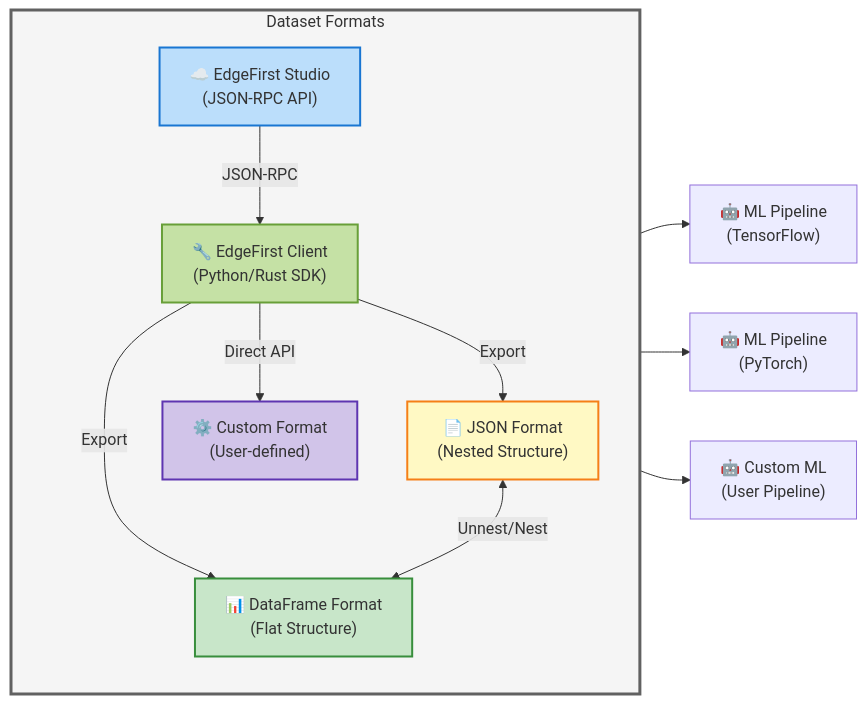
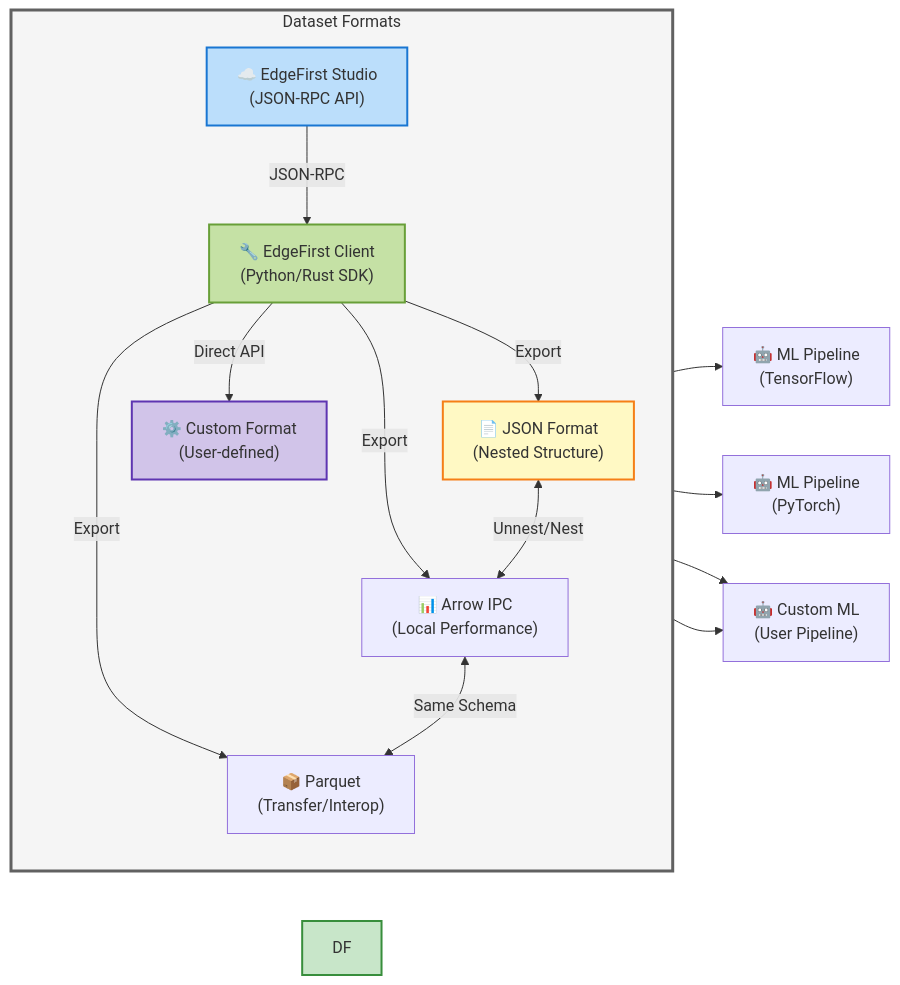
Before and after one commit to EdgeFirstAI/client: the second of 5 diagrams in DATASET_FORMAT.md, drawn with Mermaid. The commit also changed other lines of this file, not shown here.

First line of the commit message:
EDGEAI-2492: Update DATASET_FORMAT.md for 2026.04 schema

````diff
--- a/DATASET_FORMAT.md
+++ b/DATASET_FORMAT.md
@@ -81,29 +87,33 @@
 ```mermaid
 graph LR
     subgraph Formats["Dataset Formats"]
         direction TB
         Studio["☁️ EdgeFirst Studio<br/>(JSON-RPC API)"]
         Client["🔧 EdgeFirst Client<br/>(Python/Rust SDK)"]
         JSON["📄 JSON Format<br/>(Nested Structure)"]
-        DF["📊 DataFrame Format<br/>(Flat Structure)"]
+        Arrow["📊 Arrow IPC<br/>(Local Performance)"]
+        Parquet["📦 Parquet<br/>(Transfer/Interop)"]
         Custom["⚙️ Custom Format<br/>(User-defined)"]
     end
-    
+
     Studio -->|"JSON-RPC"| Client
     Client -->|"Export"| JSON
-    Client -->|"Export"| DF
+    Client -->|"Export"| Arrow
+    Client -->|"Export"| Parquet
     Client -->|"Direct API"| Custom
-    
-    JSON <-->|"Unnest/Nest"| DF
-    
+
+    JSON <-->|"Unnest/Nest"| Arrow
+    Arrow <-->|"Same Schema"| Parquet
+
     JSON --> ML1["🤖 ML Pipeline<br/>(TensorFlow)"]
-    DF --> ML2["🤖 ML Pipeline<br/>(PyTorch)"]
+    Arrow --> ML2["🤖 ML Pipeline<br/>(PyTorch)"]
+    Parquet --> ML3["🤖 ML Pipeline<br/>(DuckDB/Spark)"]
     Custom --> ML3["🤖 Custom ML<br/>(User Pipeline)"]
     
     style Studio fill:#bbdefb,stroke:#1976d2,stroke-width:2px
     style Client fill:#c5e1a5,stroke:#689f38,stroke-width:2px
     style JSON fill:#fff9c4,stroke:#f57f17,stroke-width:2px
     style DF fill:#c8e6c9,stroke:#388e3c,stroke-width:2px
     style Custom fill:#d1c4e9,stroke:#5e35b1,stroke-width:2px
     style Formats fill:#f5f5f5,stroke:#616161,stroke-width:3px
 ```
````
